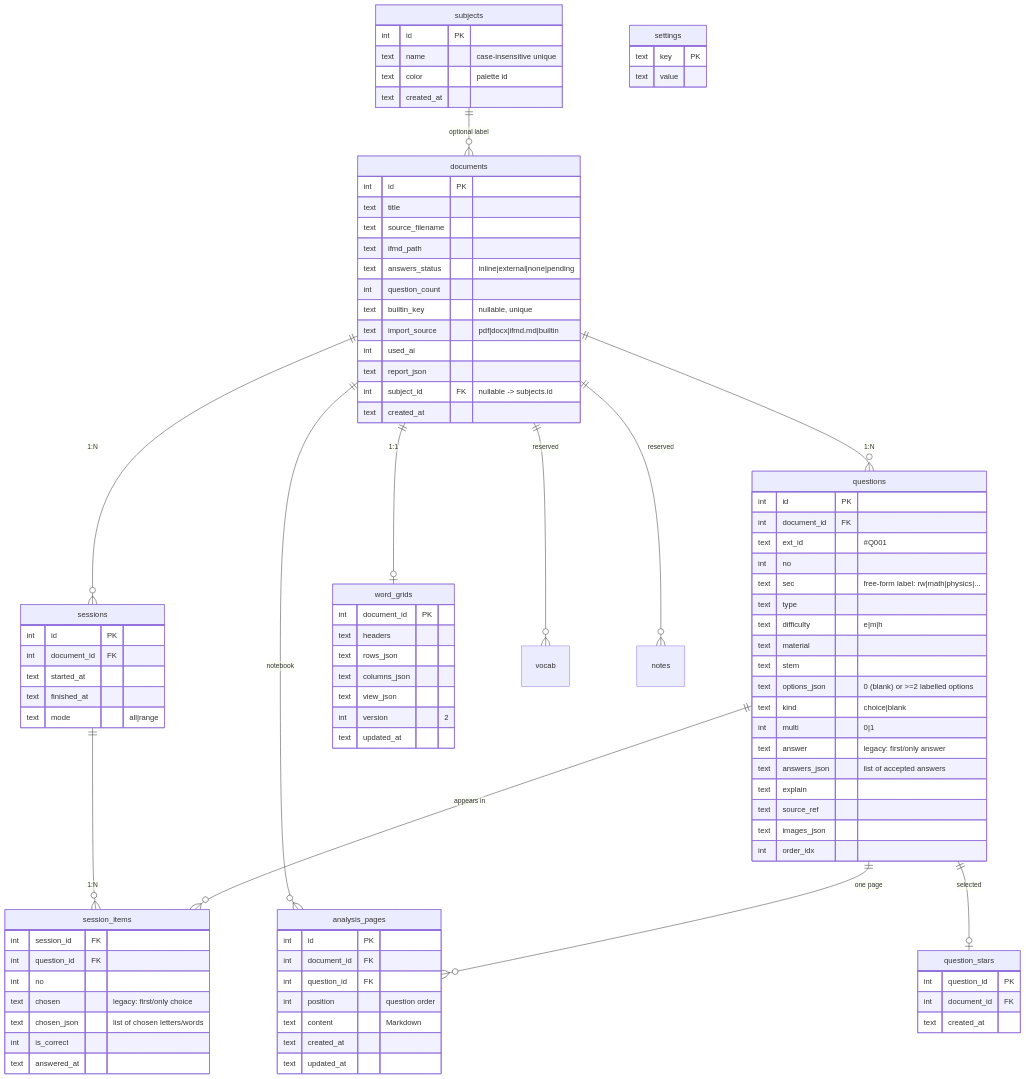
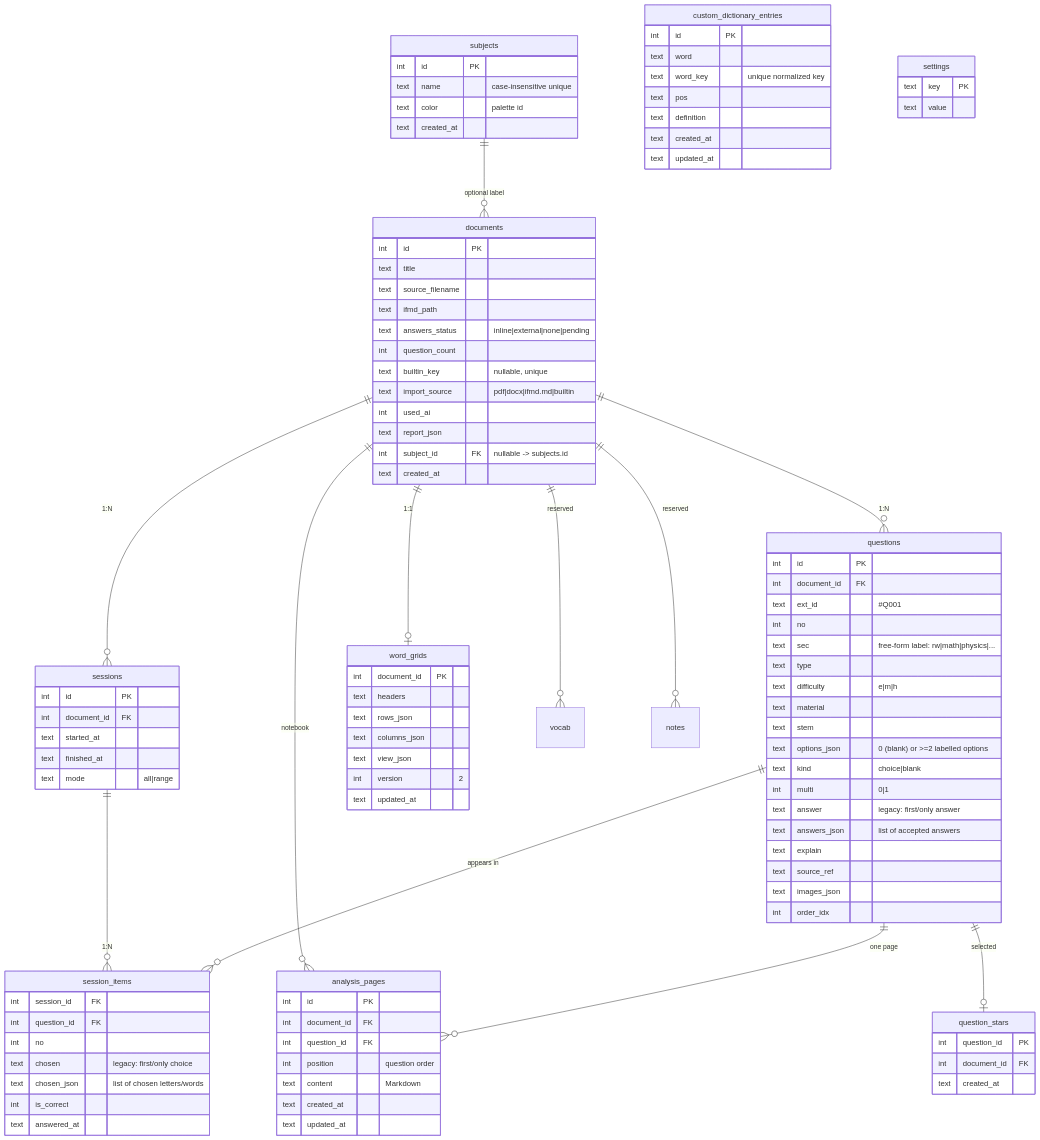
The second of 2 diagrams in docs/ARCHITECTURE.md (JasonSun2009CN/InteFlow), drawn with Mermaid before and after one commit. The commit also changed other lines of this file and 30 other files, not shown here.

Commit message:
feat: use in-entry learner definitions and custom dictionary

```diff
--- a/docs/ARCHITECTURE.md
+++ b/docs/ARCHITECTURE.md
@@ -193,6 +189,15 @@
     int version "2"
     text updated_at
   }
+  custom_dictionary_entries {
+    int id PK
+    text word
+    text word_key "unique normalized key"
+    text pos
+    text definition
+    text created_at
+    text updated_at
+  }
   settings {
     text key PK
     text value
```
